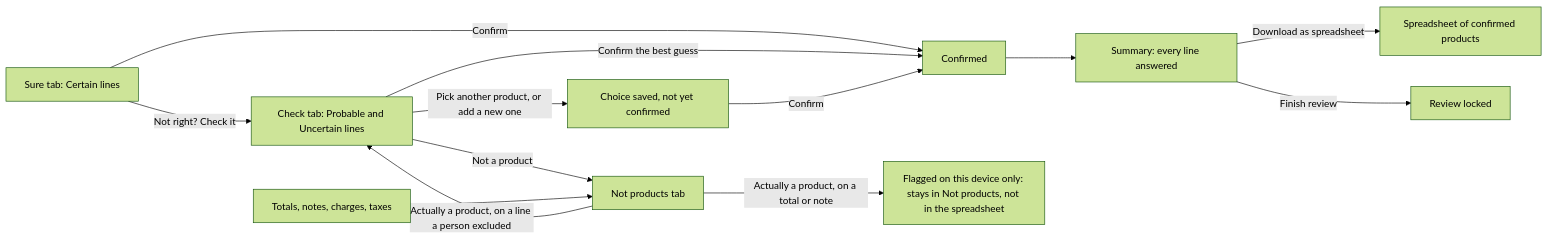
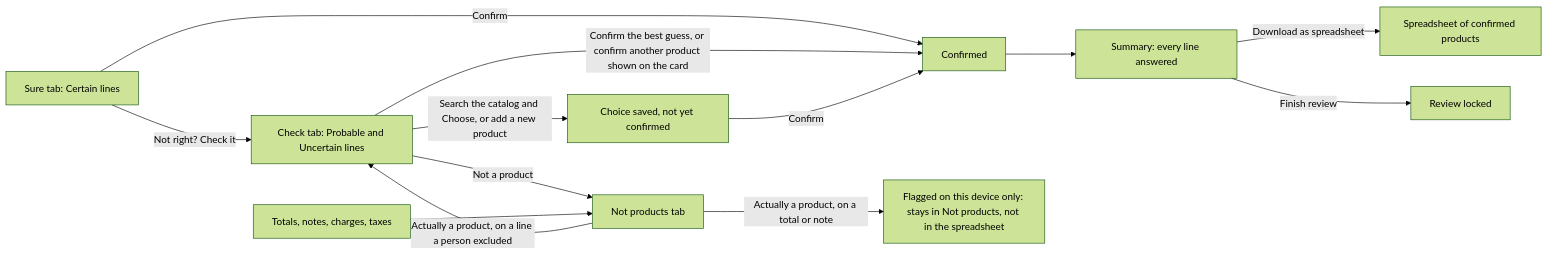
The diagram in docs/how-it-works/05-the-review-screen.md (CarlitosRed/advance-po-reader), drawn with Mermaid (forest theme) before and after one commit. The commit also changed other lines of this file and 10 other files, not shown here.

````diff
--- a/docs/how-it-works/05-the-review-screen.md
+++ b/docs/how-it-works/05-the-review-screen.md
@@ -27,15 +27,15 @@
 ```mermaid
 flowchart LR
   S["Sure tab: Certain lines"] -->|"Confirm"| OK["Confirmed"]
   S -->|"Not right? Check it"| C["Check tab: Probable and Uncertain lines"]
-  C -->|"Confirm the best guess"| OK
-  C -->|"Pick another product, or add a new one"| SEL["Choice saved, not yet confirmed"]
+  C -->|"Confirm the best guess, or confirm another product shown on the card"| OK
+  C -->|"Search the catalog and Choose, or add a new product"| SEL["Choice saved, not yet confirmed"]
   SEL -->|"Confirm"| OK
   C -->|"Not a product"| N["Not products tab"]
   N -->|"Actually a product, on a line a person excluded"| C
   X["Totals, notes, charges, taxes"] --> N
   N -->|"Actually a product, on a total or note"| F["Flagged on this device only: stays in Not products, not in the spreadsheet"]
   OK --> SUM["Summary: every line answered"]
   SUM -->|"Download as spreadsheet"| CSV["Spreadsheet of confirmed products"]
   SUM -->|"Finish review"| DONE["Review locked"]
 ```
````
